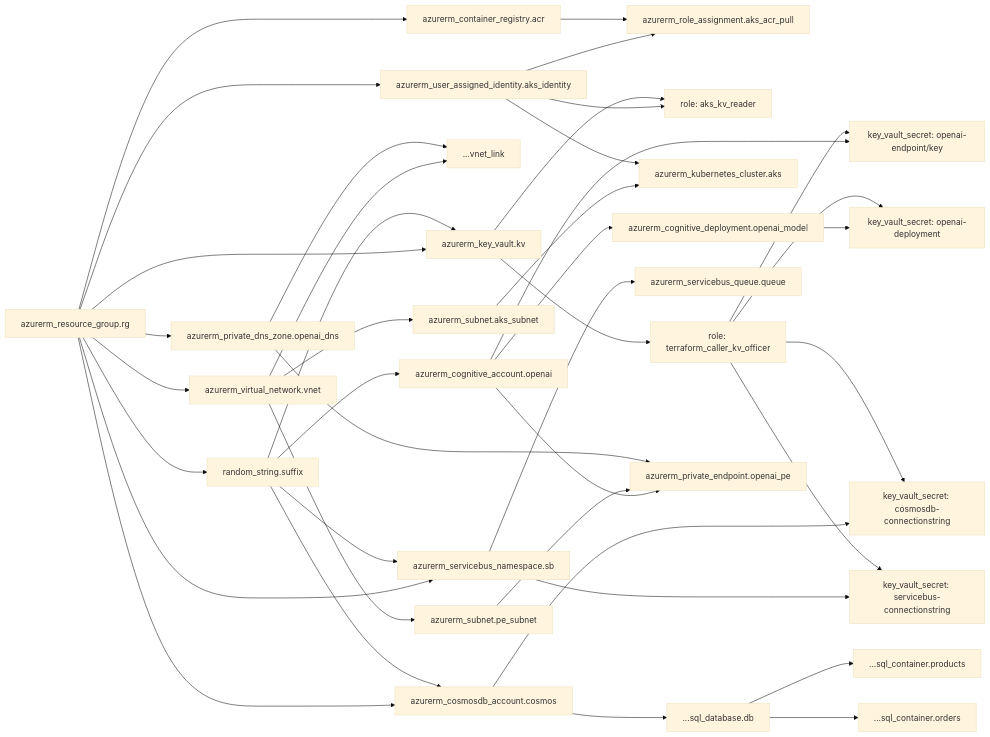
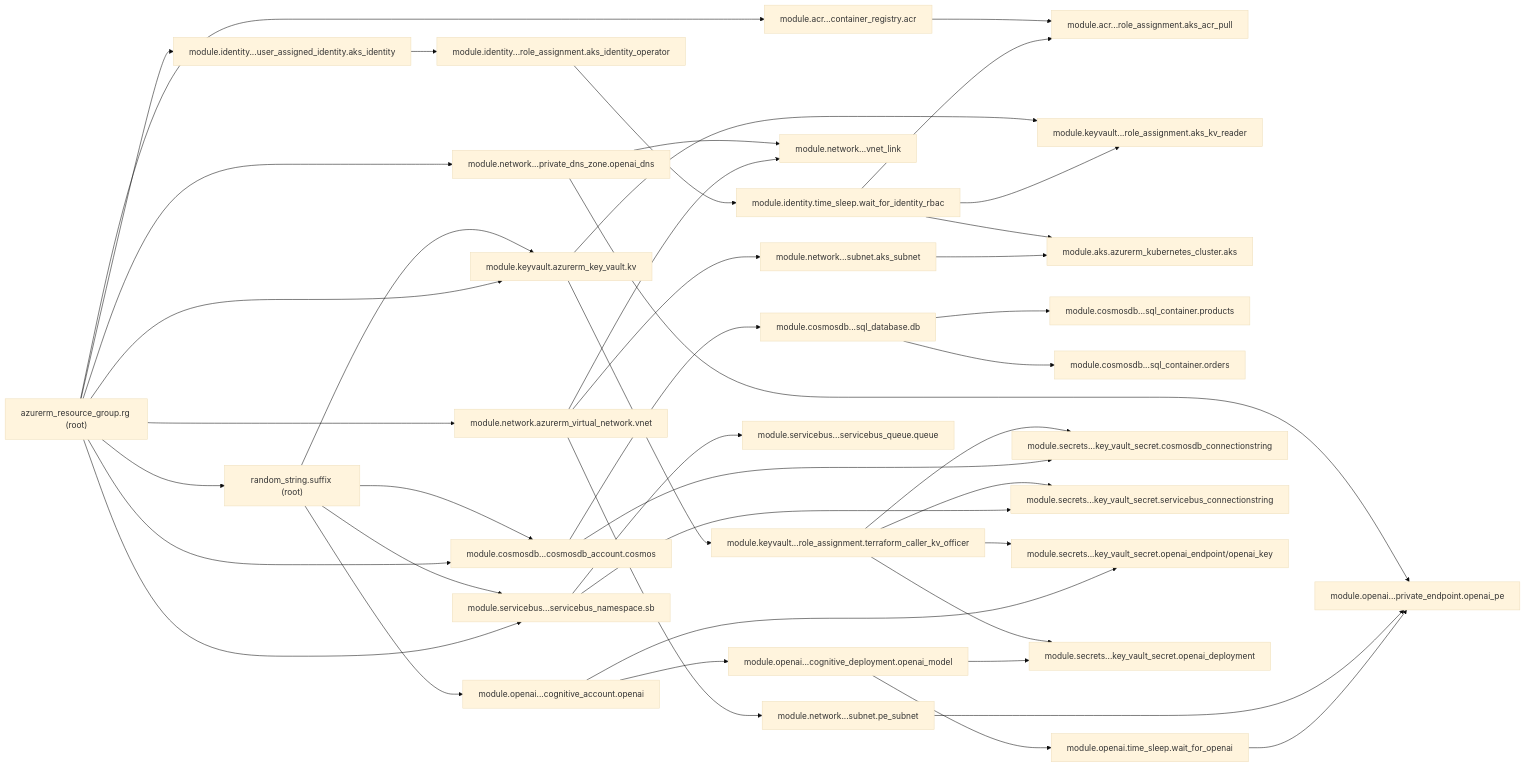
The second of 3 diagrams in terraform/GIAI-THICH-CU-PHAP-VA-KIEN-TRUC.md (tienminhktvn/AiForItOps), drawn with Mermaid (base theme) before and after one commit. The commit also changed other lines of this file and 33 other files, not shown here.

````diff
--- a/terraform/GIAI-THICH-CU-PHAP-VA-KIEN-TRUC.md
+++ b/terraform/GIAI-THICH-CU-PHAP-VA-KIEN-TRUC.md
@@ -211,50 +264,53 @@
 ```mermaid
 flowchart LR
-    RG["azurerm_resource_group.rg"] --> VNET["azurerm_virtual_network.vnet"]
-    VNET --> SUBAKS["azurerm_subnet.aks_subnet"]
-    VNET --> SUBPE["azurerm_subnet.pe_subnet"]
-    RG --> DNS["azurerm_private_dns_zone.openai_dns"]
-    VNET --> DNSLINK["...vnet_link"]
+    RG["azurerm_resource_group.rg (root)"] --> VNET["module.network.azurerm_virtual_network.vnet"]
+    VNET --> SUBAKS["module.network...subnet.aks_subnet"]
+    VNET --> SUBPE["module.network...subnet.pe_subnet"]
+    RG --> DNS["module.network...private_dns_zone.openai_dns"]
+    VNET --> DNSLINK["module.network...vnet_link"]
     DNS --> DNSLINK
 
-    RG --> ID["azurerm_user_assigned_identity.aks_identity"]
-    RG --> RAND["random_string.suffix"]
+    RG --> ID["module.identity...user_assigned_identity.aks_identity"]
+    ID --> IDROLE["module.identity...role_assignment.aks_identity_operator"]
+    IDROLE --> IDSLEEP["module.identity.time_sleep.wait_for_identity_rbac"]
+    RG --> RAND["random_string.suffix (root)"]
 
-    RG --> ACR["azurerm_container_registry.acr"]
-    ID --> ACRROLE["azurerm_role_assignment.aks_acr_pull"]
+    RG --> ACR["module.acr...container_registry.acr"]
+    IDSLEEP --> ACRROLE["module.acr...role_assignment.aks_acr_pull"]
     ACR --> ACRROLE
 
-    RG --> KV["azurerm_key_vault.kv"]
+    RG --> KV["module.keyvault.azurerm_key_vault.kv"]
     RAND --> KV
-    ID --> KVROLE1["role: aks_kv_reader"]
+    IDSLEEP --> KVROLE1["module.keyvault...role_assignment.aks_kv_reader"]
     KV --> KVROLE1
-    KV --> KVROLE2["role: terraform_caller_kv_officer"]
+    KV --> KVROLE2["module.keyvault...role_assignment.terraform_caller_kv_officer"]
 
-    SUBAKS --> AKS["azurerm_kubernetes_cluster.aks"]
-    ID --> AKS
+    SUBAKS --> AKS["module.aks.azurerm_kubernetes_cluster.aks"]
+    IDSLEEP --> AKS
 
-    RG --> COSMOS["azurerm_cosmosdb_account.cosmos"]
+    RG --> COSMOS["module.cosmosdb...cosmosdb_account.cosmos"]
     RAND --> COSMOS
-    COSMOS --> DB["...sql_database.db"]
-    DB --> C1["...sql_container.products"]
-    DB --> C2["...sql_container.orders"]
+    COSMOS --> DB["module.cosmosdb...sql_database.db"]
+    DB --> C1["module.cosmosdb...sql_container.products"]
+    DB --> C2["module.cosmosdb...sql_container.orders"]
 
-    RG --> SB["azurerm_servicebus_namespace.sb"]
+    RG --> SB["module.servicebus...servicebus_namespace.sb"]
     RAND --> SB
-    SB --> QUEUE["azurerm_servicebus_queue.queue"]
+    SB --> QUEUE["module.servicebus...servicebus_queue.queue"]
 
-    RAND --> OAI["azurerm_cognitive_account.openai"]
-    OAI --> DEPLOY["azurerm_cognitive_deployment.openai_model"]
-    OAI --> PE["azurerm_private_endpoint.openai_pe"]
+    RAND --> OAI["module.openai...cognitive_account.openai"]
+    OAI --> DEPLOY["module.openai...cognitive_deployment.openai_model"]
+    DEPLOY --> OAISLEEP["module.openai.time_sleep.wait_for_openai"]
+    OAISLEEP --> PE["module.openai...private_endpoint.openai_pe"]
     SUBPE --> PE
     DNS --> PE
 
-    COSMOS --> SECRET1["key_vault_secret: cosmosdb-connectionstring"]
+    COSMOS --> SECRET1["module.secrets...key_vault_secret.cosmosdb_connectionstring"]
     KVROLE2 --> SECRET1
-    SB --> SECRET2["key_vault_secret: servicebus-connectionstring"]
+    SB --> SECRET2["module.secrets...key_vault_secret.servicebus_connectionstring"]
     KVROLE2 --> SECRET2
-    OAI --> SECRET3["key_vault_secret: openai-endpoint/key"]
-    DEPLOY --> SECRET4["key_vault_secret: openai-deployment"]
+    OAI --> SECRET3["module.secrets...key_vault_secret.openai_endpoint/openai_key"]
+    DEPLOY --> SECRET4["module.secrets...key_vault_secret.openai_deployment"]
     KVROLE2 --> SECRET3
     KVROLE2 --> SECRET4
 ```
````
